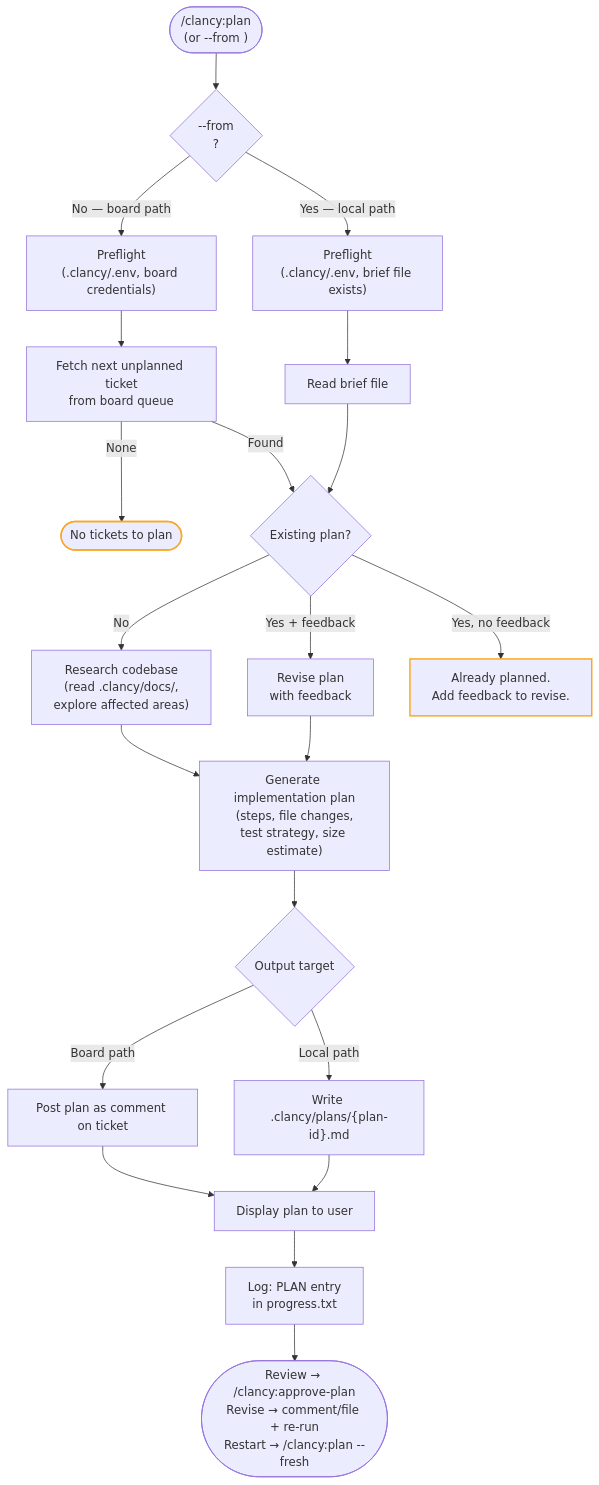
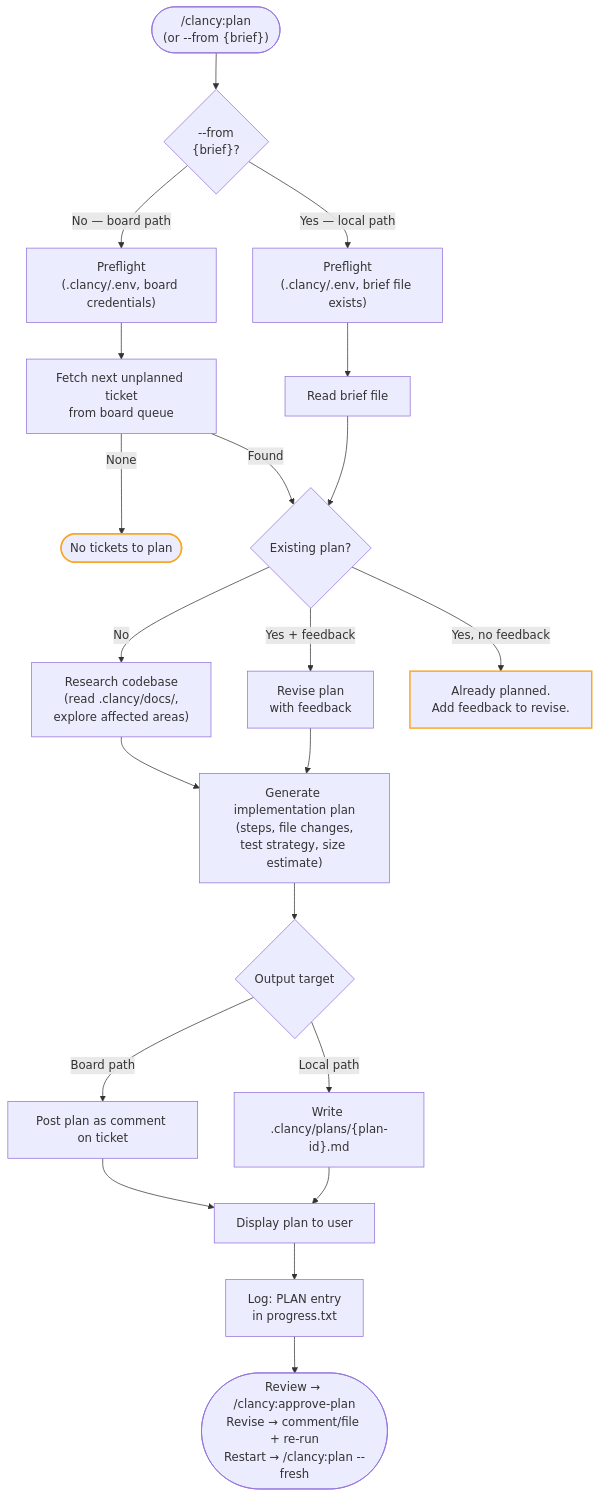
The tenth of 14 diagrams in docs/VISUAL-ARCHITECTURE.md (Pushedskydiver/chief-clancy), drawn with Mermaid before and after one commit. The commit also changed other lines of this file and 5 other files, not shown here.

````diff
--- a/docs/VISUAL-ARCHITECTURE.md
+++ b/docs/VISUAL-ARCHITECTURE.md
@@ -611,36 +611,36 @@
 ```mermaid
 flowchart TD
-    Start(["/clancy:plan\n(or --from <brief>)"]) --> Mode{"--from\n<brief>?"}
+    Start(["/clancy:plan\n(or --from {brief})"]) --> Mode{"--from\n{brief}?"}
 
     Mode -->|No — board path| Preflight["Preflight\n(.clancy/.env, board credentials)"]
     Mode -->|Yes — local path| LocalPreflight["Preflight\n(.clancy/.env, brief file exists)"]
 
     Preflight --> Fetch["Fetch next unplanned ticket\nfrom board queue"]
     Fetch -->|None| Done(["No tickets to plan"])
     Fetch -->|Found| AutoDetect
 
     LocalPreflight --> LoadBrief["Read brief file"]
     LoadBrief --> AutoDetect
 
     AutoDetect{"Existing plan?"}
     AutoDetect -->|No| Research
     AutoDetect -->|"Yes + feedback"| Revise["Revise plan\nwith feedback"]
     AutoDetect -->|"Yes, no feedback"| AlreadyPlanned["Already planned.\nAdd feedback to revise."]
 
     Research["Research codebase\n(read .clancy/docs/,\nexplore affected areas)"] --> Generate
     Revise --> Generate
 
     Generate["Generate implementation plan\n(steps, file changes,\ntest strategy, size estimate)"] --> Output
 
     Output{"Output target"}
     Output -->|Board path| PostBoard["Post plan as comment on ticket"]
     Output -->|Local path| WriteFile["Write .clancy/plans/{plan-id}.md"]
 
     PostBoard --> Display["Display plan to user"]
     WriteFile --> Display
     Display --> Log["Log: PLAN entry\nin progress.txt"]
     Log --> NextSteps(["Review → /clancy:approve-plan\nRevise → comment/file + re-run\nRestart → /clancy:plan --fresh"])
 
     style AlreadyPlanned stroke:#f9a825,stroke-width:2px
     style Done stroke:#f9a825,stroke-width:2px
 ```
````
